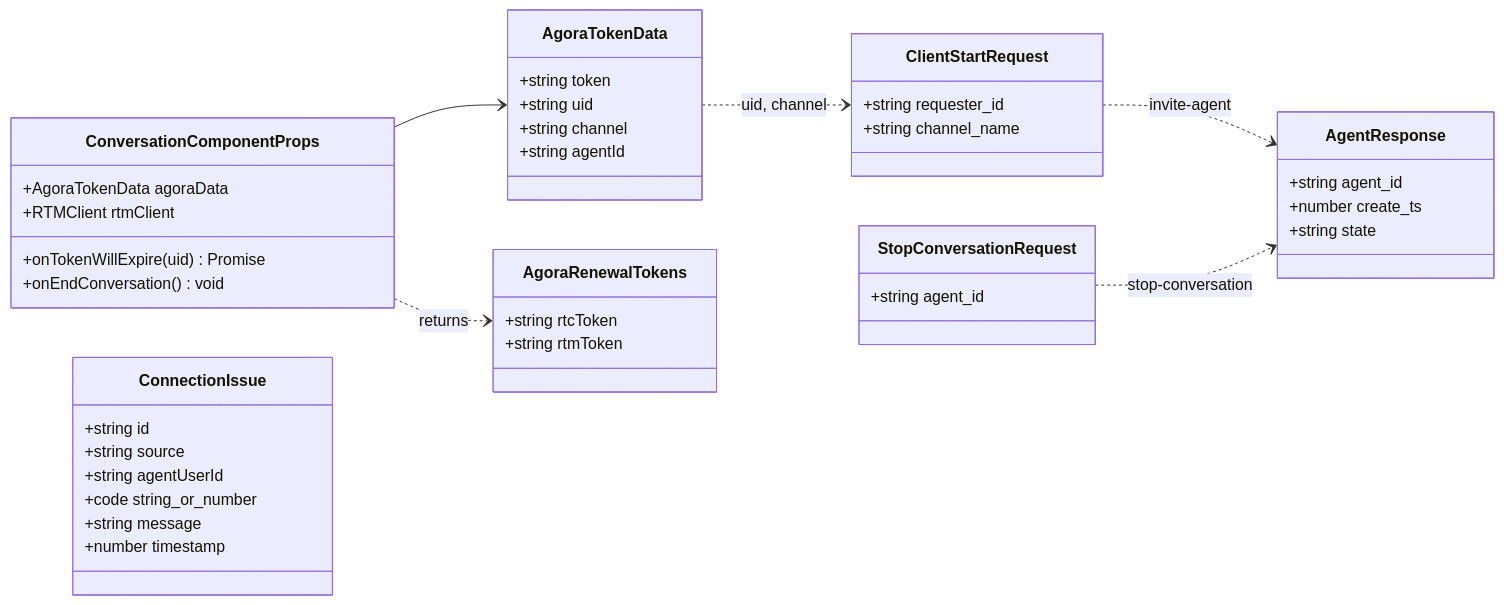
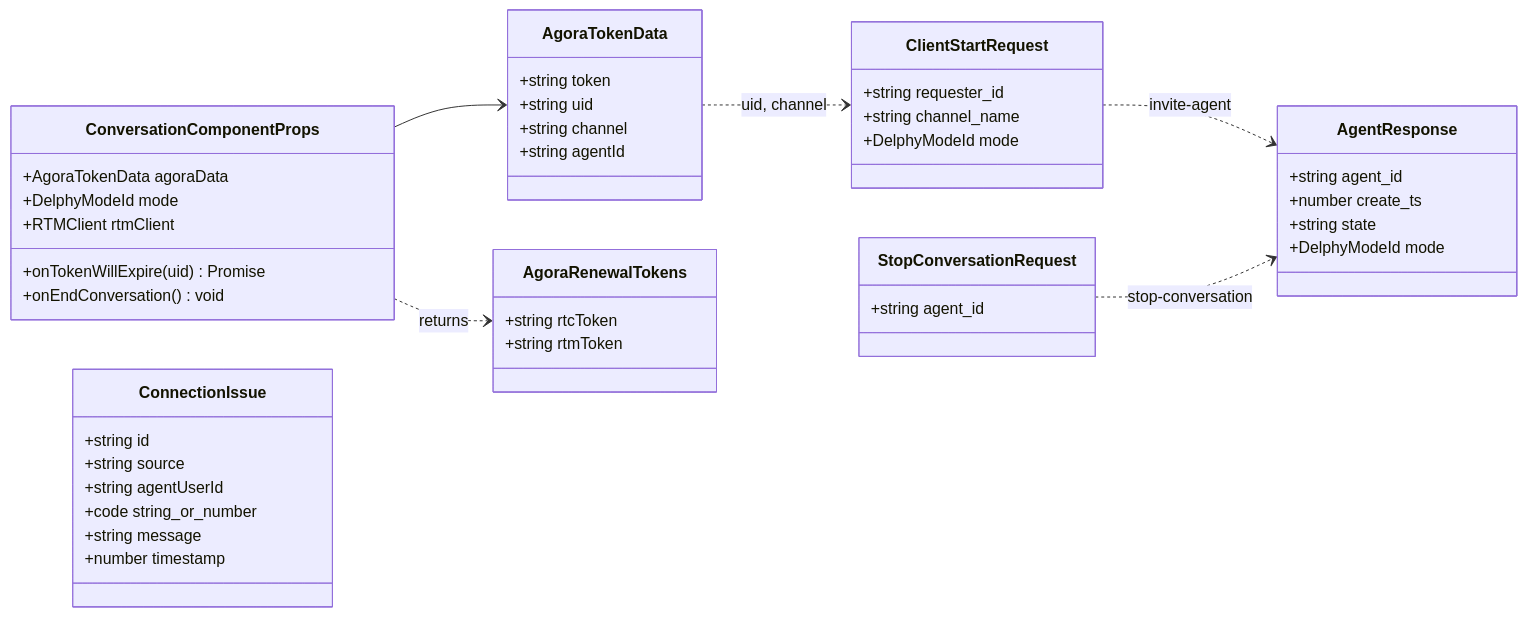
Before and after one commit to OshiSharma1222/Delphy: the third of 6 diagrams in README.md, drawn with Mermaid. The commit also changed other lines of this file and 17 other files, not shown here.

````diff
--- a/README.md
+++ b/README.md
@@ -151,53 +161,56 @@
 ```mermaid
 classDiagram
     direction LR
 
     class AgoraTokenData {
         +string token
         +string uid
         +string channel
         +string agentId
     }
 
     class ClientStartRequest {
         +string requester_id
         +string channel_name
+        +DelphyModeId mode
     }
 
     class AgentResponse {
         +string agent_id
         +number create_ts
         +string state
+        +DelphyModeId mode
     }
 
     class StopConversationRequest {
         +string agent_id
     }
 
     class AgoraRenewalTokens {
         +string rtcToken
         +string rtmToken
     }
 
     class ConversationComponentProps {
         +AgoraTokenData agoraData
+        +DelphyModeId mode
         +RTMClient rtmClient
         +onTokenWillExpire(uid) Promise
         +onEndConversation() void
     }
 
     class ConnectionIssue {
         +string id
         +string source
         +string agentUserId
         +code string_or_number
         +string message
         +number timestamp
     }
 
     ConversationComponentProps --> AgoraTokenData
     ConversationComponentProps ..> AgoraRenewalTokens : returns
     ClientStartRequest ..> AgentResponse : invite-agent
     StopConversationRequest ..> AgentResponse : stop-conversation
     AgoraTokenData ..> ClientStartRequest : uid, channel
 ```
````
